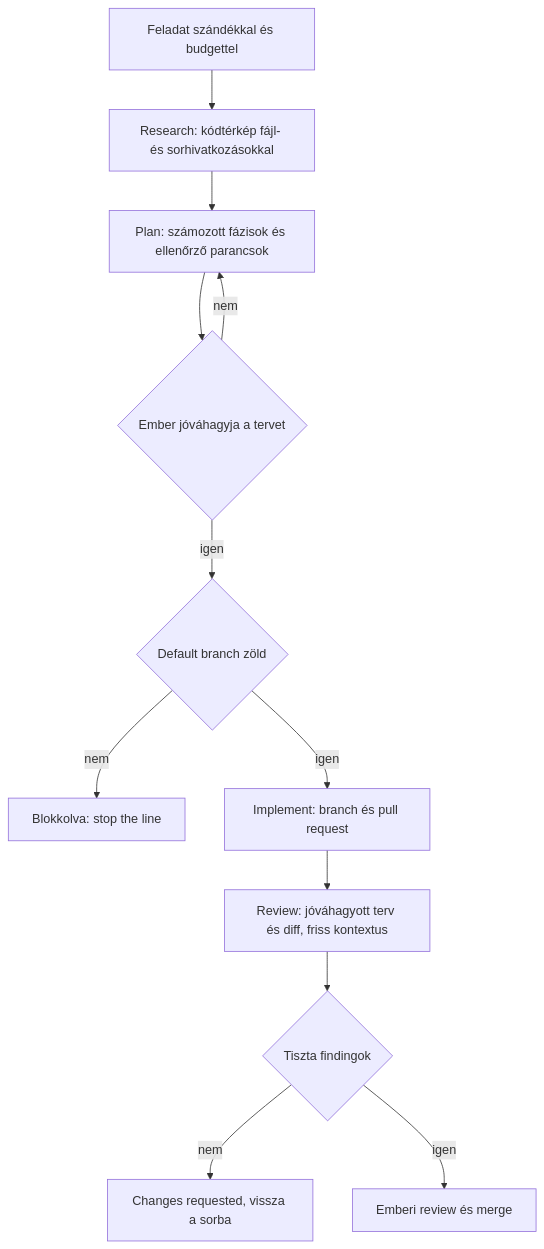
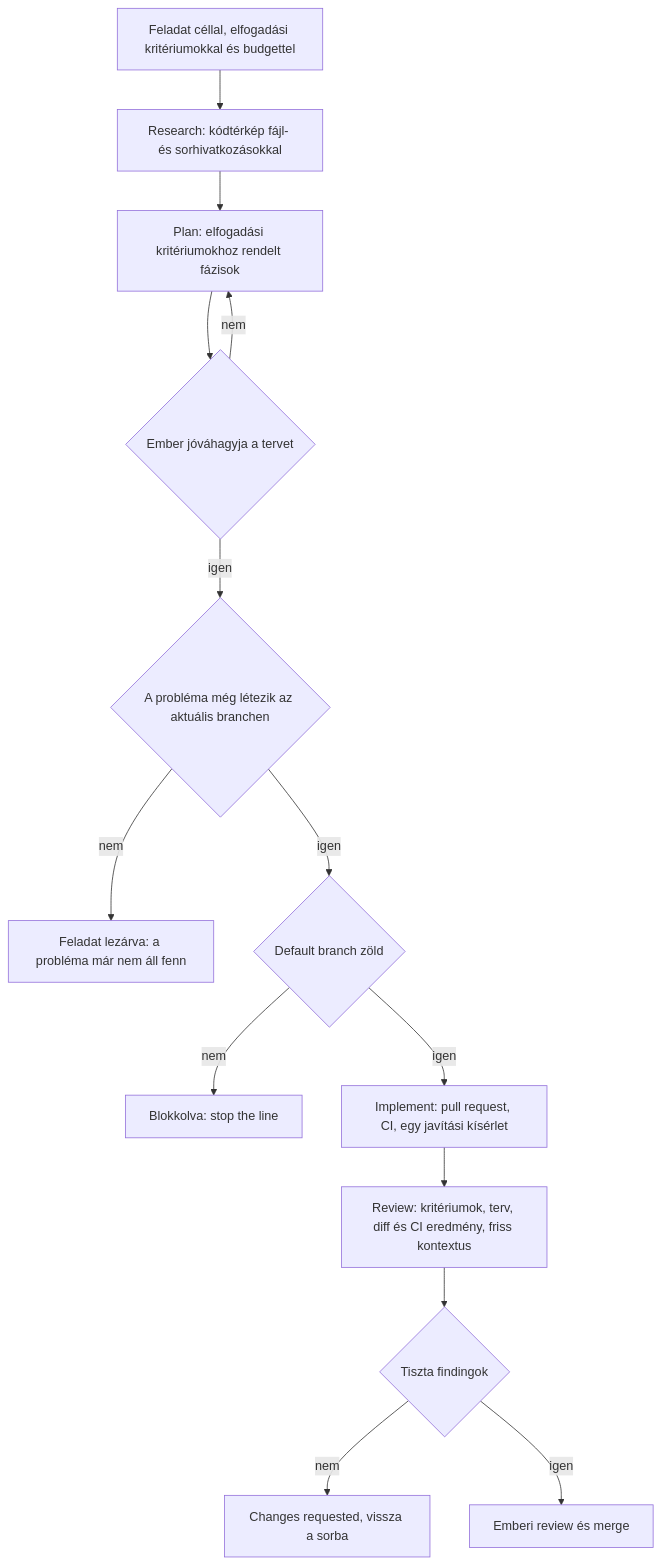
The second of 2 diagrams in posts/hu/building-blocks-ai-native-development.md (monad-systems/monad.hu), drawn with Mermaid before and after one commit. The commit also changed other lines of this file and 1 other file, not shown here.

````diff
--- a/posts/hu/building-blocks-ai-native-development.md
+++ b/posts/hu/building-blocks-ai-native-development.md
@@ -143,14 +150,16 @@
 ```mermaid
 flowchart TD
-    A[Feladat szándékkal és budgettel] --> B[Research: kódtérkép fájl- és sorhivatkozásokkal]
-    B --> C[Plan: számozott fázisok és ellenőrző parancsok]
+    A[Feladat céllal, elfogadási kritériumokkal és budgettel] --> B[Research: kódtérkép fájl- és sorhivatkozásokkal]
+    B --> C[Plan: elfogadási kritériumokhoz rendelt fázisok]
     C --> D{Ember jóváhagyja a tervet}
     D -->|nem| C
-    D -->|igen| E{Default branch zöld}
+    D -->|igen| P{A probléma még létezik az aktuális branchen}
+    P -->|nem| X[Feladat lezárva: a probléma már nem áll fenn]
+    P -->|igen| E{Default branch zöld}
     E -->|nem| F[Blokkolva: stop the line]
-    E -->|igen| G[Implement: branch és pull request]
-    G --> H[Review: jóváhagyott terv és diff, friss kontextus]
+    E -->|igen| G[Implement: pull request, CI, egy javítási kísérlet]
+    G --> H[Review: kritériumok, terv, diff és CI eredmény, friss kontextus]
     H --> I{Tiszta findingok}
     I -->|nem| J[Changes requested, vissza a sorba]
     I -->|igen| K[Emberi review és merge]
 ```
````
